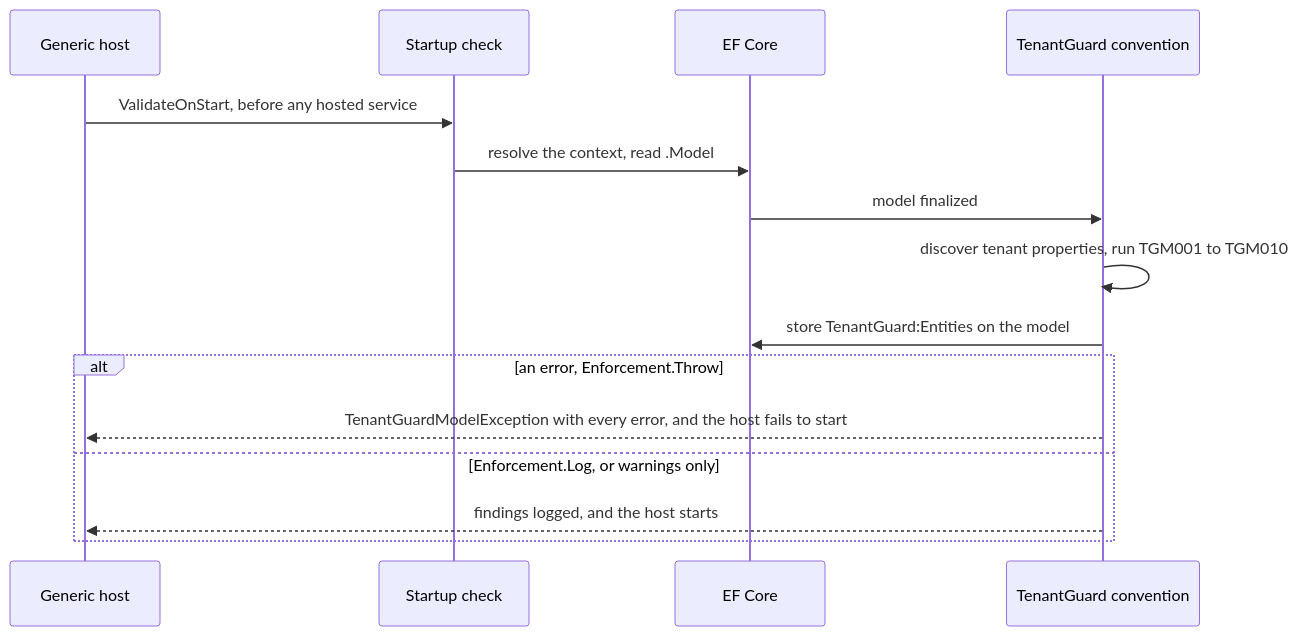
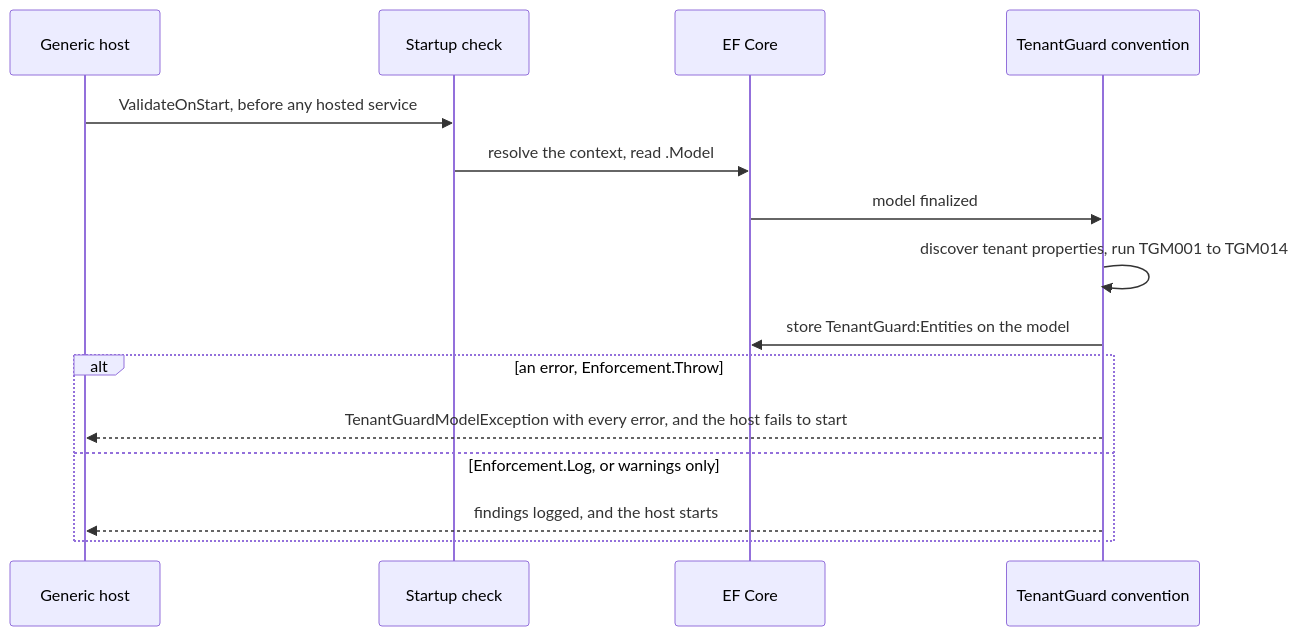
Before and after one commit to jimmykurian/tenantguard: the second of 4 diagrams in docs/architecture/flows.md, drawn with Mermaid. The commit also changed other lines of this file and 23 other files, not shown here.

````diff
--- a/docs/architecture/flows.md
+++ b/docs/architecture/flows.md
@@ -40,17 +40,17 @@
 ```mermaid
 sequenceDiagram
     participant Host as Generic host
     participant Check as Startup check
     participant EF as EF Core
     participant Rules as TenantGuard convention
     Host->>Check: ValidateOnStart, before any hosted service
     Check->>EF: resolve the context, read .Model
     EF->>Rules: model finalized
-    Rules->>Rules: discover tenant properties, run TGM001 to TGM010
+    Rules->>Rules: discover tenant properties, run TGM001 to TGM014
     Rules->>EF: store TenantGuard:Entities on the model
     alt an error, Enforcement.Throw
         Rules-->>Host: TenantGuardModelException with every error, and the host fails to start
     else Enforcement.Log, or warnings only
         Rules-->>Host: findings logged, and the host starts
     end
 ```
````
